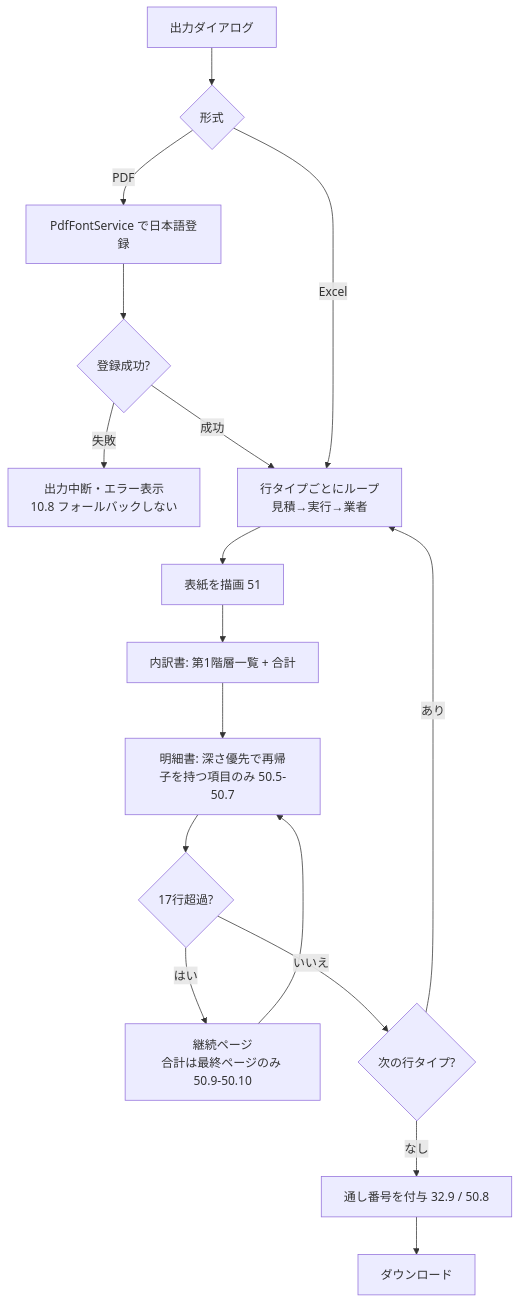
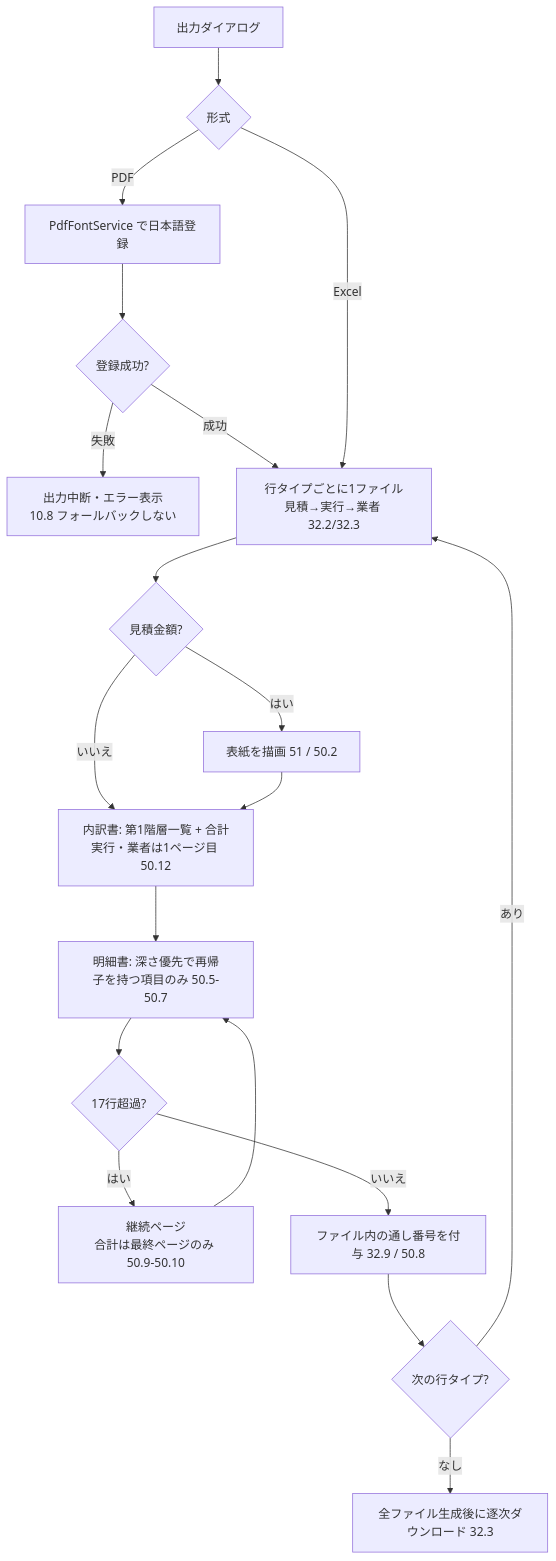
Diagram 12 of 14 in .kiro/specs/estimate-creation/design.md (inakanou/ArchiTrack), drawn with Mermaid before and after one commit. The commit also changed other lines of this file and 1 other file, not shown here.

````diff
--- a/.kiro/specs/estimate-creation/design.md
+++ b/.kiro/specs/estimate-creation/design.md
@@ -3850,19 +3857,21 @@
 ```mermaid
 flowchart TD
     A[出力ダイアログ] --> B{形式}
     B -- PDF --> C[PdfFontService で日本語登録]
     C --> D{登録成功?}
     D -- 失敗 --> E[出力中断・エラー表示<br/>10.8 フォールバックしない]
-    D -- 成功 --> F[行タイプごとにループ<br/>見積→実行→業者]
+    D -- 成功 --> F[行タイプごとに1ファイル<br/>見積→実行→業者 32.2/32.3]
     B -- Excel --> F
-    F --> G[表紙を描画 51]
-    G --> H[内訳書: 第1階層一覧 + 合計]
+    F --> G{見積金額?}
+    G -- はい --> G1[表紙を描画 51 / 50.2]
+    G -- いいえ --> H
+    G1 --> H[内訳書: 第1階層一覧 + 合計<br/>実行・業者は1ページ目 50.12]
     H --> I[明細書: 深さ優先で再帰<br/>子を持つ項目のみ 50.5-50.7]
     I --> J{17行超過?}
     J -- はい --> K[継続ページ<br/>合計は最終ページのみ 50.9-50.10]
     K --> I
-    J -- いいえ --> L{次の行タイプ?}
+    J -- いいえ --> M[ファイル内の通し番号を付与 32.9 / 50.8]
+    M --> L{次の行タイプ?}
     L -- あり --> F
-    L -- なし --> M[通し番号を付与 32.9 / 50.8]
-    M --> N[ダウンロード]
+    L -- なし --> N[全ファイル生成後に逐次ダウンロード 32.3]
 ```
````
